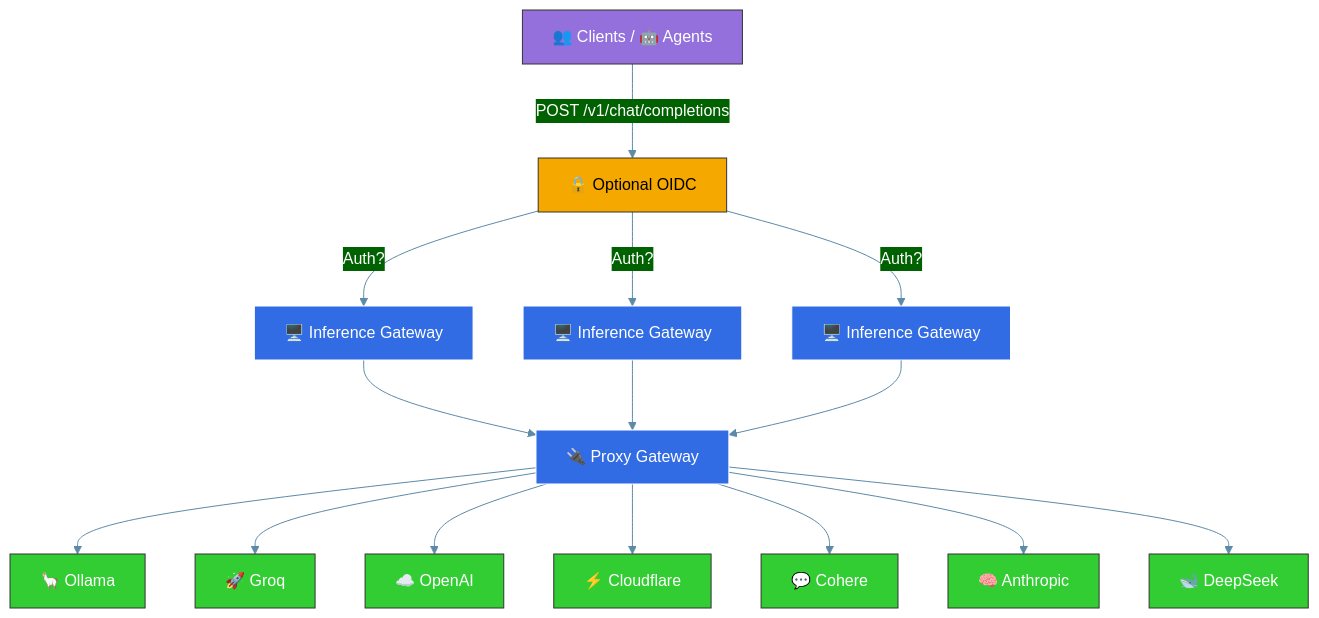
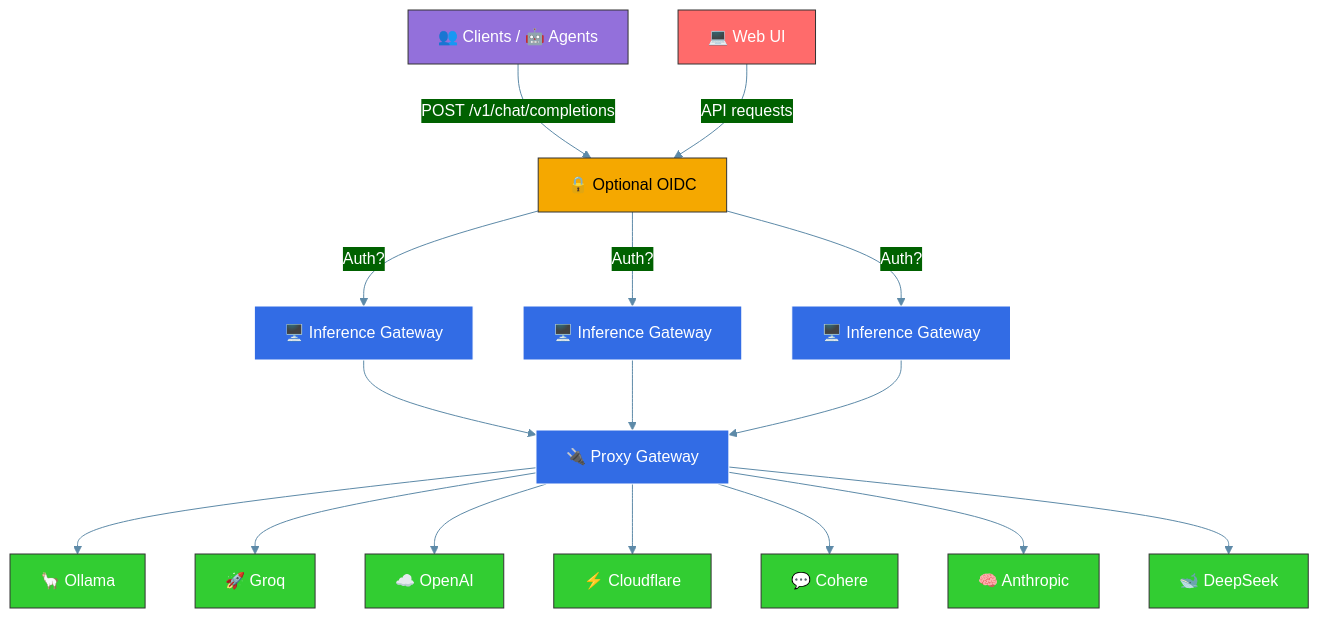
Before and after one commit to sammcj/inference-gateway: the diagram in README.md, drawn with Mermaid. The commit also changed other lines of this file and 2 other files, not shown here.

Commit message:
docs: Improve docs - mention the UI project (#77)
* chore: Add MCP server configuration and update Copilot instructions

* chore: Update Copilot instructions with the latest date and add related repositories

* docs: Add web interface feature to README and update architecture diagram

---------

````diff
--- a/README.md
+++ b/README.md
@@ -54,39 +55,42 @@
 ```mermaid
 %%{init: {'theme': 'base', 'themeVariables': { 'primaryColor': '#326CE5', 'primaryTextColor': '#fff', 'lineColor': '#5D8AA8', 'secondaryColor': '#006100' }, 'fontFamily': 'Arial', 'flowchart': {'nodeSpacing': 50, 'rankSpacing': 70, 'padding': 15}}}%%
 
 
 graph TD
     %% Client nodes
     A["👥 Clients / 🤖 Agents"] --> |POST /v1/chat/completions| Auth
+    UI["💻 Web UI"] --> |API requests| Auth
 
     %% Auth node
     Auth["🔒 Optional OIDC"] --> |Auth?| IG1
     Auth --> |Auth?| IG2
     Auth --> |Auth?| IG3
 
     %% Gateway nodes
     IG1["🖥️ Inference Gateway"] --> P
     IG2["🖥️ Inference Gateway"] --> P
     IG3["🖥️ Inference Gateway"] --> P
 
     %% Proxy and providers
     P["🔌 Proxy Gateway"] --> C["🦙 Ollama"]
     P --> D["🚀 Groq"]
     P --> E["☁️ OpenAI"]
     P --> G["⚡ Cloudflare"]
     P --> H1["💬 Cohere"]
     P --> H2["🧠 Anthropic"]
     P --> H3["🐋 DeepSeek"]
 
     %% Define styles
     classDef client fill:#9370DB,stroke:#333,stroke-width:1px,color:white;
     classDef auth fill:#F5A800,stroke:#333,stroke-width:1px,color:black;
     classDef gateway fill:#326CE5,stroke:#fff,stroke-width:1px,color:white;
     classDef provider fill:#32CD32,stroke:#333,stroke-width:1px,color:white;
+    classDef ui fill:#FF6B6B,stroke:#333,stroke-width:1px,color:white;
 
     %% Apply styles
     class A client;
+    class UI ui;
     class Auth auth;
     class IG1,IG2,IG3,P gateway;
     class C,D,E,G,H1,H2,H3 provider;
 ```
````
